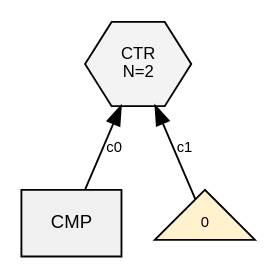
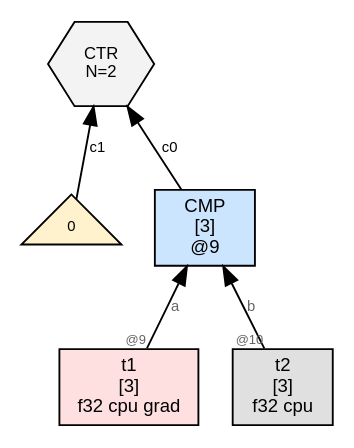
One commit to sw1sh/TinyHVM changed the diagram in wl/examples/thvm_graphs/grad_rules/cmp/step_002_state_final.dot. Above: the diagram before and after it, drawn with Graphviz. The commit also changed 309 other files, not shown here.

First line of the commit message:
grad: CTR at step 0; no external DUP; Leibniz visible in step 1

```diff
--- a/wl/examples/thvm_graphs/grad_rules/cmp/step_002_state_final.dot
+++ b/wl/examples/thvm_graphs/grad_rules/cmp/step_002_state_final.dot
@@ -1,12 +1,16 @@
 digraph G {
-  // PREV_INTERACTION: SWEEP_ERA_h11_NUM_h10
+  // PREV_INTERACTION: SWEEP_ERA_h15_NUM_h14
   rankdir=BT;
   node [fontname="Helvetica", fontsize=10, style=filled, shape=box, margin="0.1,0.05"];
   edge [fontsize=8, fontname="Helvetica"];
 
-  ctr12 [label="CTR\nN=2", shape=hexagon, fillcolor="#f3f3f3", fontsize=9];
-  n7 [label="CMP", shape=box, fillcolor="#f0f0f0"];
-  n7 -> ctr12 [label="c0"];
-  num_ctr12_13 [label="0",shape=triangle,fillcolor="#fff2cc",fontsize=8];
-  num_ctr12_13 -> ctr12 [label="c1"];
+  n9 [label="CMP\n[3]\n@9", shape=box, fillcolor="#cce5ff"];
+  t1 [label="t1\n[3]\nf32 cpu grad",shape=box,fillcolor="#ffe0e0"];
+  t1 -> n9 [label="a",taillabel="@9",labelfontsize=7,fontcolor="#666666"];
+  t2 [label="t2\n[3]\nf32 cpu",shape=box,fillcolor="#e0e0e0"];
+  t2 -> n9 [label="b",taillabel="@10",labelfontsize=7,fontcolor="#666666"];
+  ctr7 [label="CTR\nN=2", shape=hexagon, fillcolor="#f3f3f3", fontsize=9];
+  n9 -> ctr7 [label="c0"];
+  num_ctr7_8 [label="0",shape=triangle,fillcolor="#fff2cc",fontsize=8];
+  num_ctr7_8 -> ctr7 [label="c1"];
 }
```
